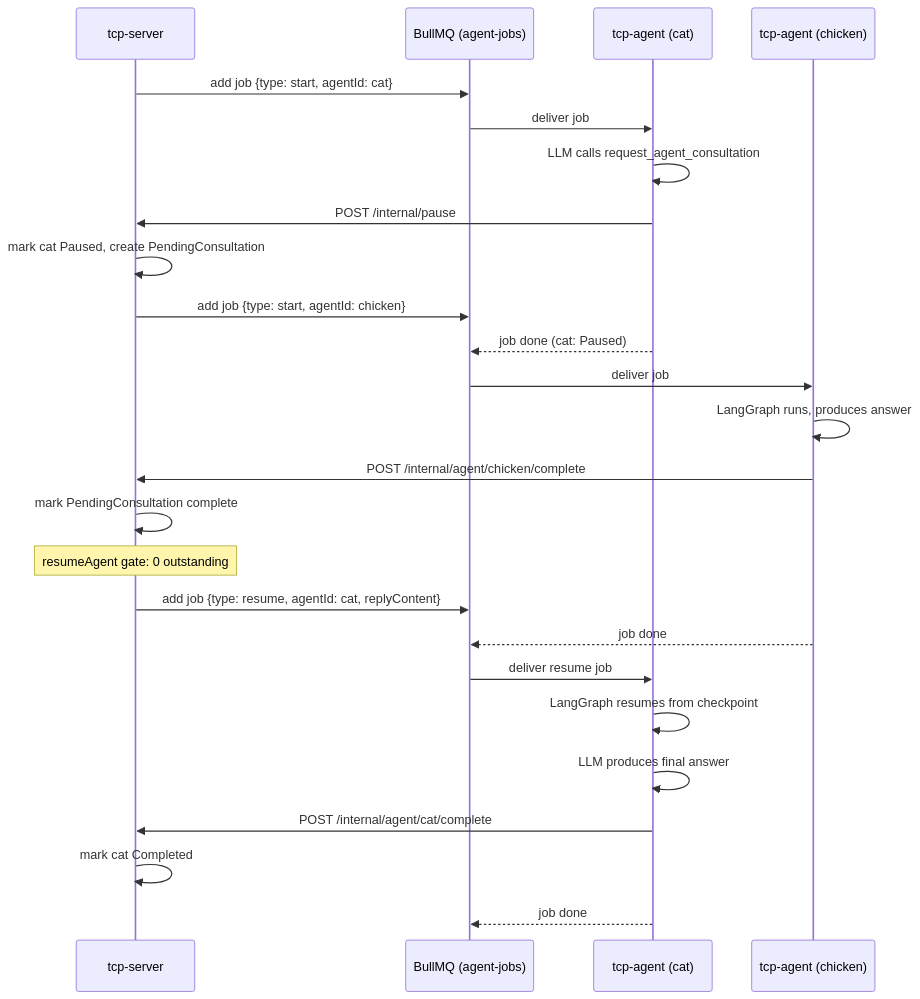
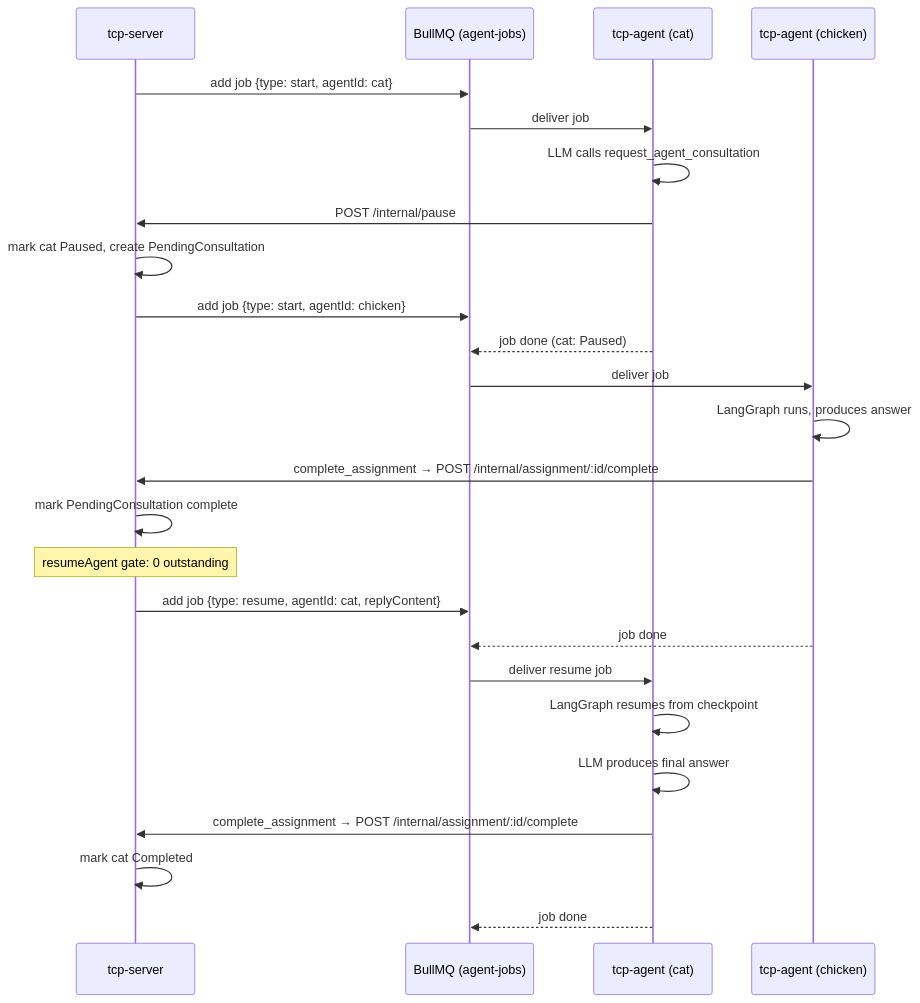
Before and after one commit to instantiator/tcp-server: the second of 4 diagrams in docs/queue.md, drawn with Mermaid. The commit also changed other lines of this file and 38 other files, not shown here.

````diff
--- a/docs/queue.md
+++ b/docs/queue.md
@@ -56,30 +61,30 @@
 ```mermaid
 sequenceDiagram
     participant S as tcp-server
     participant Q as BullMQ (agent-jobs)
     participant Cat as tcp-agent (cat)
     participant Chkn as tcp-agent (chicken)
 
     S->>Q: add job {type: start, agentId: cat}
     Q->>Cat: deliver job
     Cat->>Cat: LLM calls request_agent_consultation
     Cat->>S: POST /internal/pause
     S->>S: mark cat Paused, create PendingConsultation
     S->>Q: add job {type: start, agentId: chicken}
     Cat-->>Q: job done (cat: Paused)
 
     Q->>Chkn: deliver job
     Chkn->>Chkn: LangGraph runs, produces answer
-    Chkn->>S: POST /internal/agent/chicken/complete
+    Chkn->>S: complete_assignment → POST /internal/assignment/:id/complete
     S->>S: mark PendingConsultation complete
     Note over S: resumeAgent gate: 0 outstanding
     S->>Q: add job {type: resume, agentId: cat, replyContent}
     Chkn-->>Q: job done
 
     Q->>Cat: deliver resume job
     Cat->>Cat: LangGraph resumes from checkpoint
     Cat->>Cat: LLM produces final answer
-    Cat->>S: POST /internal/agent/cat/complete
+    Cat->>S: complete_assignment → POST /internal/assignment/:id/complete
     S->>S: mark cat Completed
     Cat-->>Q: job done
 ```
````
